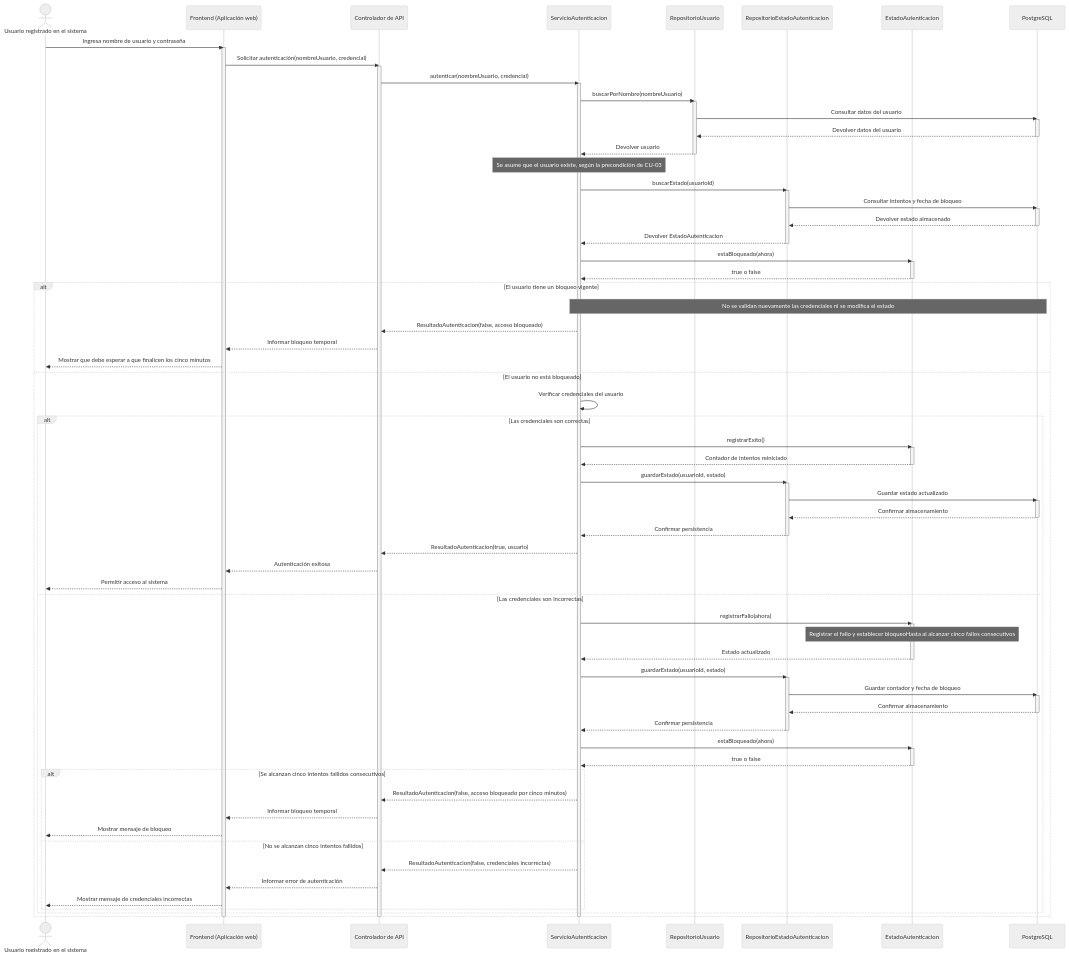
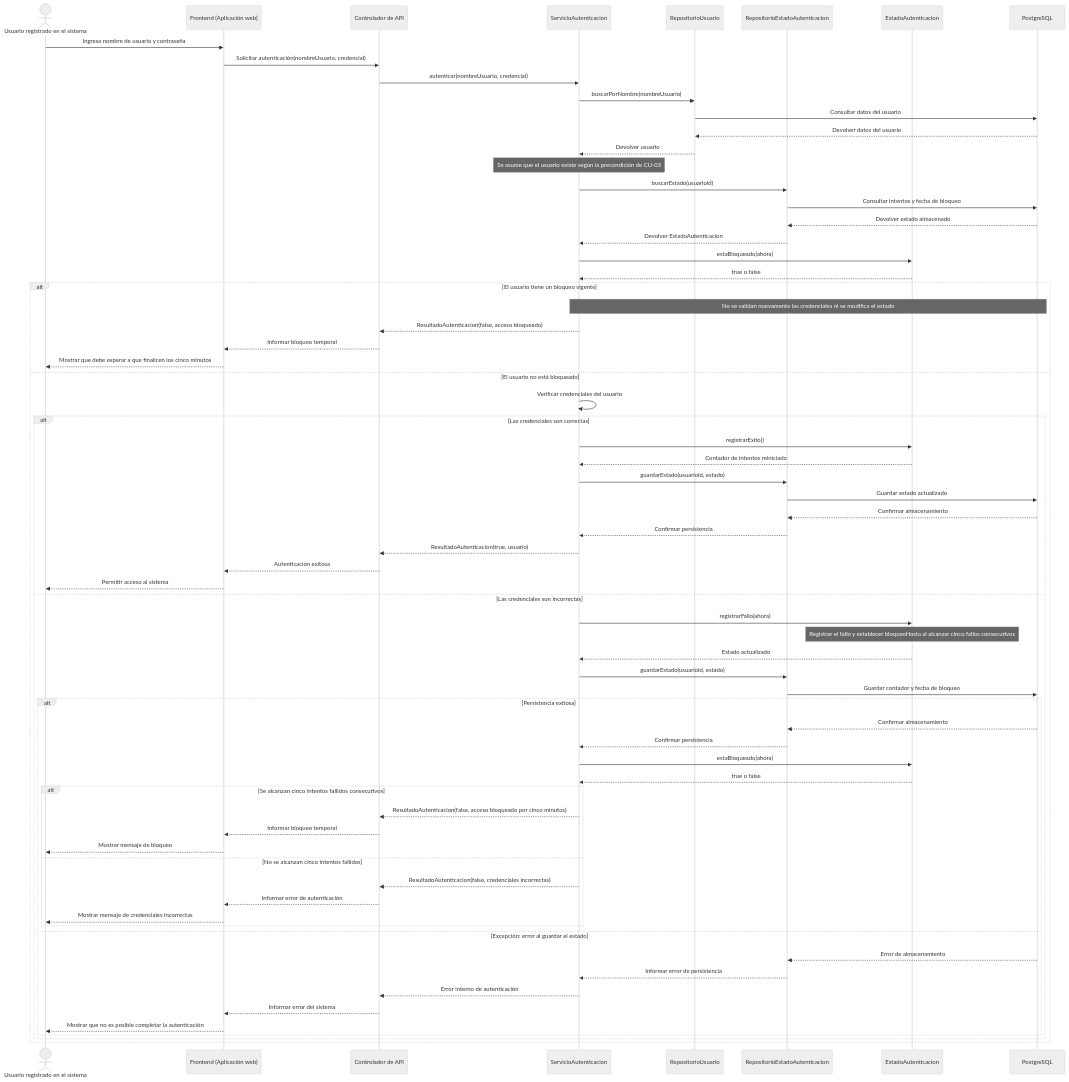
The first of 2 diagrams in docs/design/02_Diseño_de_Interacción_y_Datos.md (anmorenol63/Ingesoft_t6), drawn with Mermaid (neutral theme) before and after one commit.

Commit message:
Refactor authentication flow in interaction design
Refactor interaction design for authentication flow, updating notes and removing unnecessary activation bars.

````diff
--- a/docs/design/02_Diseño_de_Interacción_y_Datos.md
+++ b/docs/design/02_Diseño_de_Interacción_y_Datos.md
@@ -46,36 +46,23 @@
     participant BD as PostgreSQL
 
     U->>FE: Ingresa nombre de usuario y contraseña
-    activate FE
     FE->>API: Solicitar autenticación(nombreUsuario, credencial)
-    activate API
     API->>SA: autenticar(nombreUsuario, credencial)
-    activate SA
 
     SA->>RU: buscarPorNombre(nombreUsuario)
-    activate RU
     RU->>BD: Consultar datos del usuario
-    activate BD
     BD-->>RU: Devolver datos del usuario
-    deactivate BD
     RU-->>SA: Devolver usuario
-    deactivate RU
 
-    Note over SA: Se asume que el usuario existe, según la precondición de CU-03
+    Note over SA: Se asume que el usuario existe según la precondición de CU-03
 
     SA->>REA: buscarEstado(usuarioId)
-    activate REA
     REA->>BD: Consultar intentos y fecha de bloqueo
-    activate BD
     BD-->>REA: Devolver estado almacenado
-    deactivate BD
     REA-->>SA: Devolver EstadoAutenticacion
-    deactivate REA
 
     SA->>EA: estaBloqueado(ahora)
-    activate EA
     EA-->>SA: true o false
-    deactivate EA
 
     alt El usuario tiene un bloqueo vigente
         Note over SA,BD: No se validan nuevamente las credenciales ni se modifica el estado
@@ -88,18 +75,12 @@
 
         alt Las credenciales son correctas
             SA->>EA: registrarExito()
-            activate EA
             EA-->>SA: Contador de intentos reiniciado
-            deactivate EA
 
             SA->>REA: guardarEstado(usuarioId, estado)
-            activate REA
             REA->>BD: Guardar estado actualizado
-            activate BD
             BD-->>REA: Confirmar almacenamiento
-            deactivate BD
             REA-->>SA: Confirmar persistencia
-            deactivate REA
 
             SA-->>API: ResultadoAutenticacion(true, usuario)
             API-->>FE: Autenticación exitosa
@@ -107,41 +88,39 @@
 
         else Las credenciales son incorrectas
             SA->>EA: registrarFallo(ahora)
-            activate EA
             Note over EA: Registrar el fallo y establecer bloqueoHasta al alcanzar cinco fallos consecutivos
             EA-->>SA: Estado actualizado
-            deactivate EA
 
             SA->>REA: guardarEstado(usuarioId, estado)
-            activate REA
             REA->>BD: Guardar contador y fecha de bloqueo
-            activate BD
-            BD-->>REA: Confirmar almacenamiento
-            deactivate BD
-            REA-->>SA: Confirmar persistencia
-            deactivate REA
 
-            SA->>EA: estaBloqueado(ahora)
-            activate EA
-            EA-->>SA: true o false
-            deactivate EA
+            alt Persistencia exitosa
+                BD-->>REA: Confirmar almacenamiento
+                REA-->>SA: Confirmar persistencia
 
-            alt Se alcanzan cinco intentos fallidos consecutivos
-                SA-->>API: ResultadoAutenticacion(false, acceso bloqueado por cinco minutos)
-                API-->>FE: Informar bloqueo temporal
-                FE-->>U: Mostrar mensaje de bloqueo
+                SA->>EA: estaBloqueado(ahora)
+                EA-->>SA: true o false
 
-            else No se alcanzan cinco intentos fallidos
-                SA-->>API: ResultadoAutenticacion(false, credenciales incorrectas)
-                API-->>FE: Informar error de autenticación
-                FE-->>U: Mostrar mensaje de credenciales incorrectas
+                alt Se alcanzan cinco intentos fallidos consecutivos
+                    SA-->>API: ResultadoAutenticacion(false, acceso bloqueado por cinco minutos)
+                    API-->>FE: Informar bloqueo temporal
+                    FE-->>U: Mostrar mensaje de bloqueo
+
+                else No se alcanzan cinco intentos fallidos
+                    SA-->>API: ResultadoAutenticacion(false, credenciales incorrectas)
+                    API-->>FE: Informar error de autenticación
+                    FE-->>U: Mostrar mensaje de credenciales incorrectas
+                end
+
+            else Excepción: error al guardar el estado
+                BD-->>REA: Error de almacenamiento
+                REA-->>SA: Informar error de persistencia
+                SA-->>API: Error interno de autenticación
+                API-->>FE: Informar error del sistema
+                FE-->>U: Mostrar que no es posible completar la autenticación
             end
         end
     end
 
-    deactivate SA
-    deactivate API
-    deactivate FE
-
 
 ```
````
